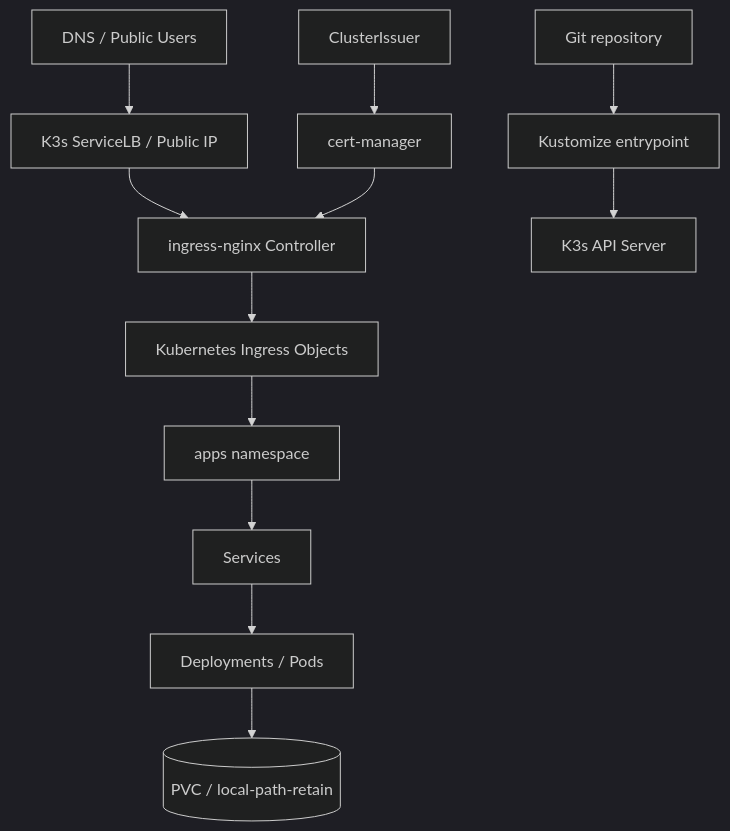
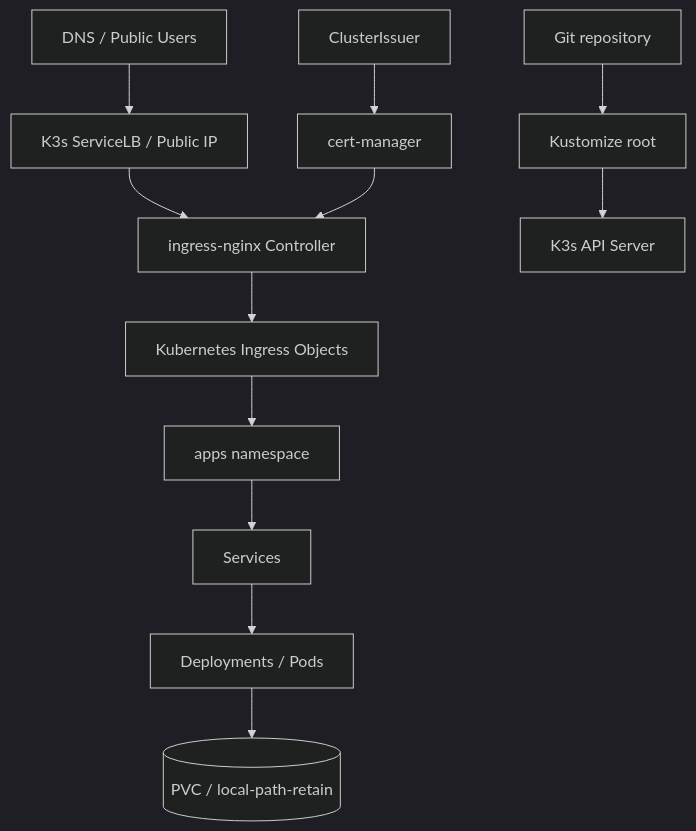
Before and after one commit to AnouarMohamed/k3s-platform: the diagram in docs/ARCHITECTURE.md, drawn with Mermaid (dark theme). The commit also changed other lines of this file and 16 other files, not shown here.

````diff
--- a/docs/ARCHITECTURE.md
+++ b/docs/ARCHITECTURE.md
@@ -11,14 +9,14 @@
 ```mermaid
 flowchart TB
   dns[DNS / Public Users] --> lb[K3s ServiceLB / Public IP]
   lb --> ingress[ingress-nginx Controller]
   ingress --> routes[Kubernetes Ingress Objects]
   routes --> apps[apps namespace]
   apps --> services[Services]
   services --> pods[Deployments / Pods]
   pods --> pvc[(PVC / local-path-retain)]
   cert[cert-manager] --> ingress
   issuer[ClusterIssuer] --> cert
-  git[Git repository] --> kustomize[Kustomize entrypoint]
+  git[Git repository] --> kustomize[Kustomize root]
   kustomize --> cluster[K3s API Server]
 ```
````
